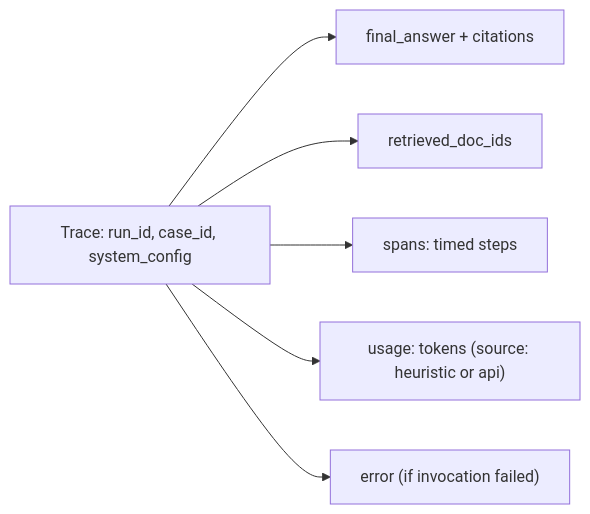
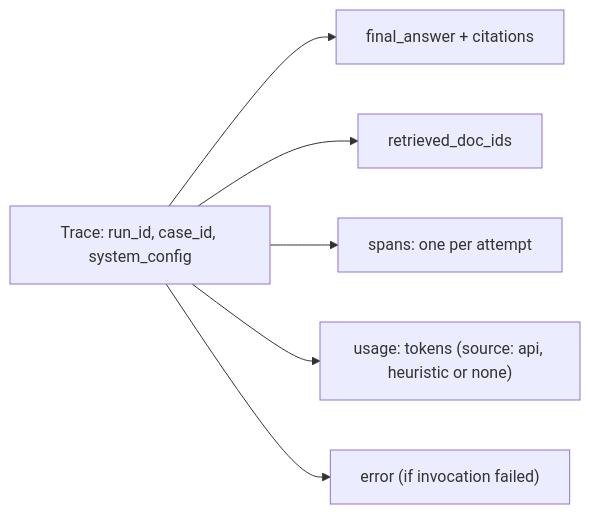
Before and after one commit to vaibhav3000/aire: the third of 4 diagrams in README.md, drawn with Mermaid. The commit also changed other lines of this file and 2 other files, not shown here.

````diff
--- a/README.md
+++ b/README.md
@@ -130,8 +128,8 @@
 ```mermaid
 flowchart LR
     T["Trace: run_id, case_id, system_config"] --> A["final_answer + citations"]
     T --> R["retrieved_doc_ids"]
-    T --> S["spans: timed steps"]
-    T --> U["usage: tokens (source: heuristic or api)"]
+    T --> S["spans: one per attempt"]
+    T --> U["usage: tokens (source: api, heuristic or none)"]
     T --> E["error (if invocation failed)"]
 ```
````
